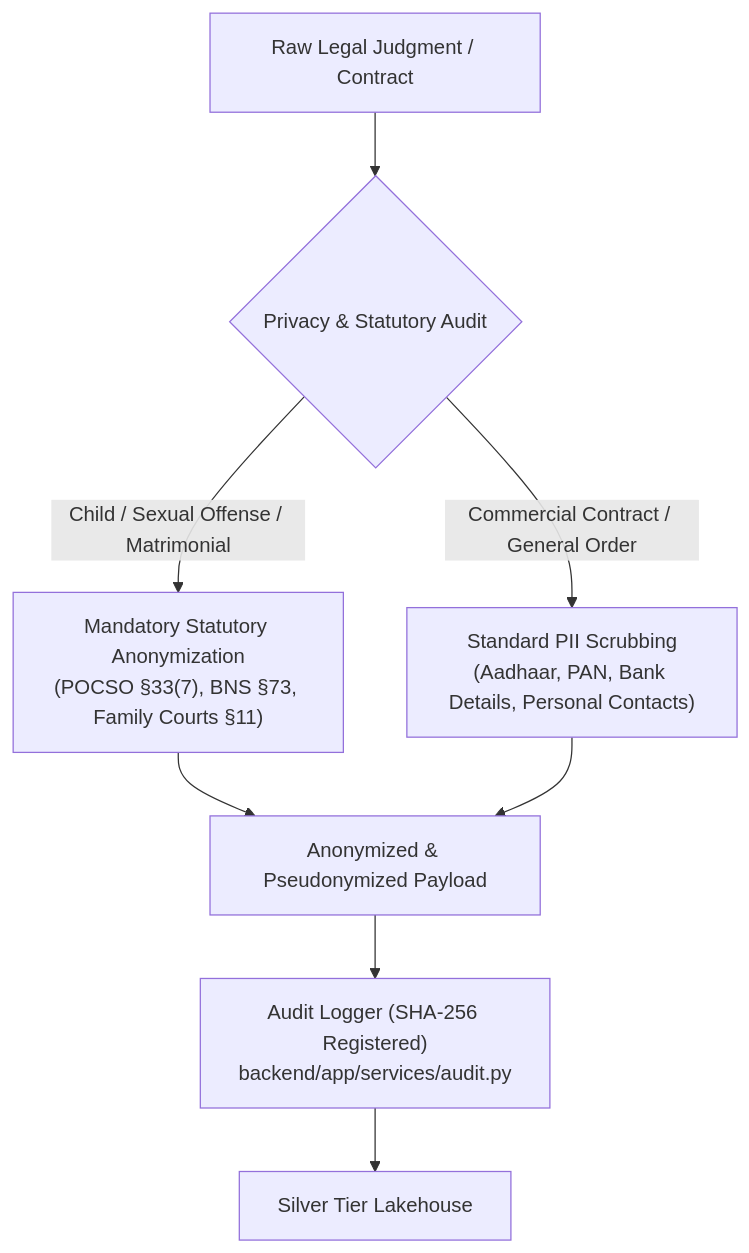
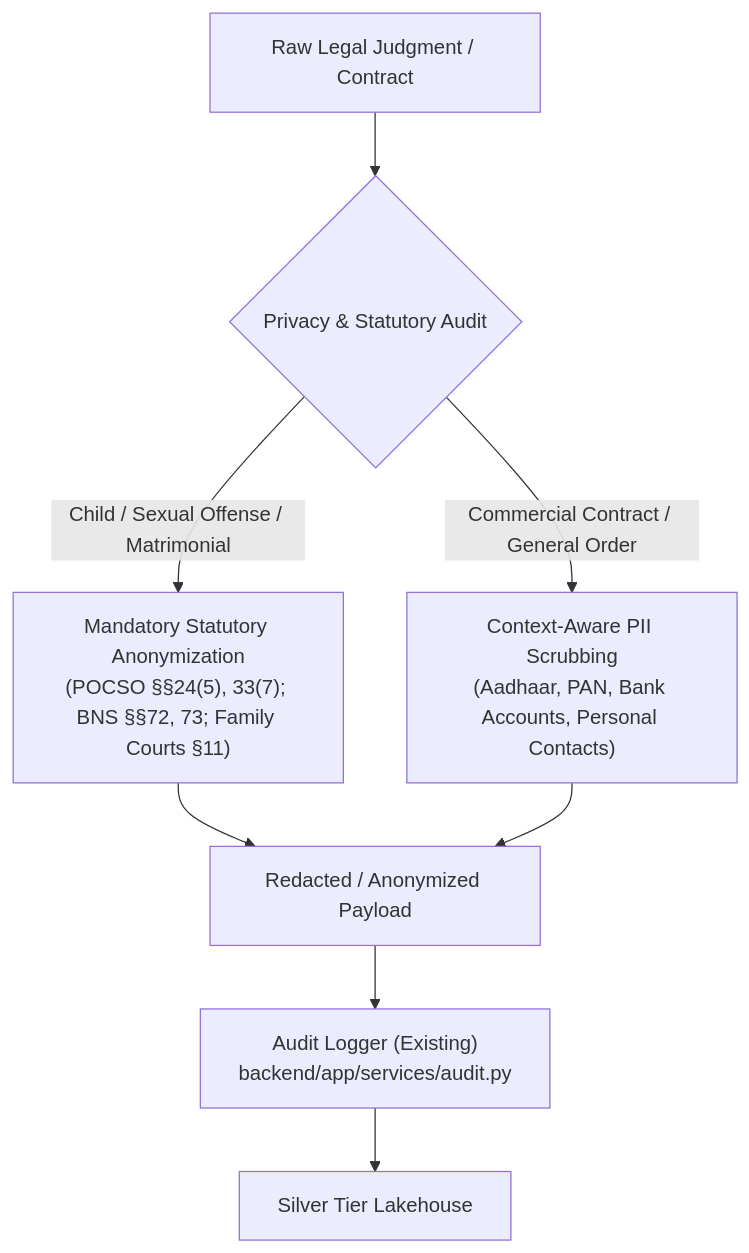
One commit to Yatharthnagpal/review changed the diagram in 13_DATA_PRIVACY_AND_GOVERNANCE.md. Above: the diagram before and after it, drawn with Mermaid. The commit also changed other lines of this file and 18 other files, not shown here.

````diff
--- a/13_DATA_PRIVACY_AND_GOVERNANCE.md
+++ b/13_DATA_PRIVACY_AND_GOVERNANCE.md
@@ -21,13 +22,13 @@
 ```mermaid
 flowchart TD
     RawInput["Raw Legal Judgment / Contract"] --> PrivacyScanner{"Privacy & Statutory Audit"}
     
-    PrivacyScanner -->|"Child / Sexual Offense / Matrimonial"| StrictAnonymize["Mandatory Statutory Anonymization<br/>(POCSO §33(7), BNS §73, Family Courts §11)"]
-    PrivacyScanner -->|"Commercial Contract / General Order"| StandardPIIScrub["Standard PII Scrubbing<br/>(Aadhaar, PAN, Bank Details, Personal Contacts)"]
+    PrivacyScanner -->|"Child / Sexual Offense / Matrimonial"| StrictAnonymize["Mandatory Statutory Anonymization<br/>(POCSO §§24(5), 33(7); BNS §§72, 73; Family Courts §11)"]
+    PrivacyScanner -->|"Commercial Contract / General Order"| ContextPIIScrub["Context-Aware PII Scrubbing<br/>(Aadhaar, PAN, Bank Accounts, Personal Contacts)"]
     
-    StrictAnonymize --> ScrubbedStream["Anonymized & Pseudonymized Payload"]
-    StandardPIIScrub --> ScrubbedStream
+    StrictAnonymize --> ScrubbedStream["Redacted / Anonymized Payload"]
+    ContextPIIScrub --> ScrubbedStream
     
-    ScrubbedStream --> AuditLog["Audit Logger (SHA-256 Registered)<br/>backend/app/services/audit.py"]
+    ScrubbedStream --> AuditLog["Audit Logger (Existing)<br/>backend/app/services/audit.py"]
     AuditLog --> SilverStore["Silver Tier Lakehouse"]
 ```
````
